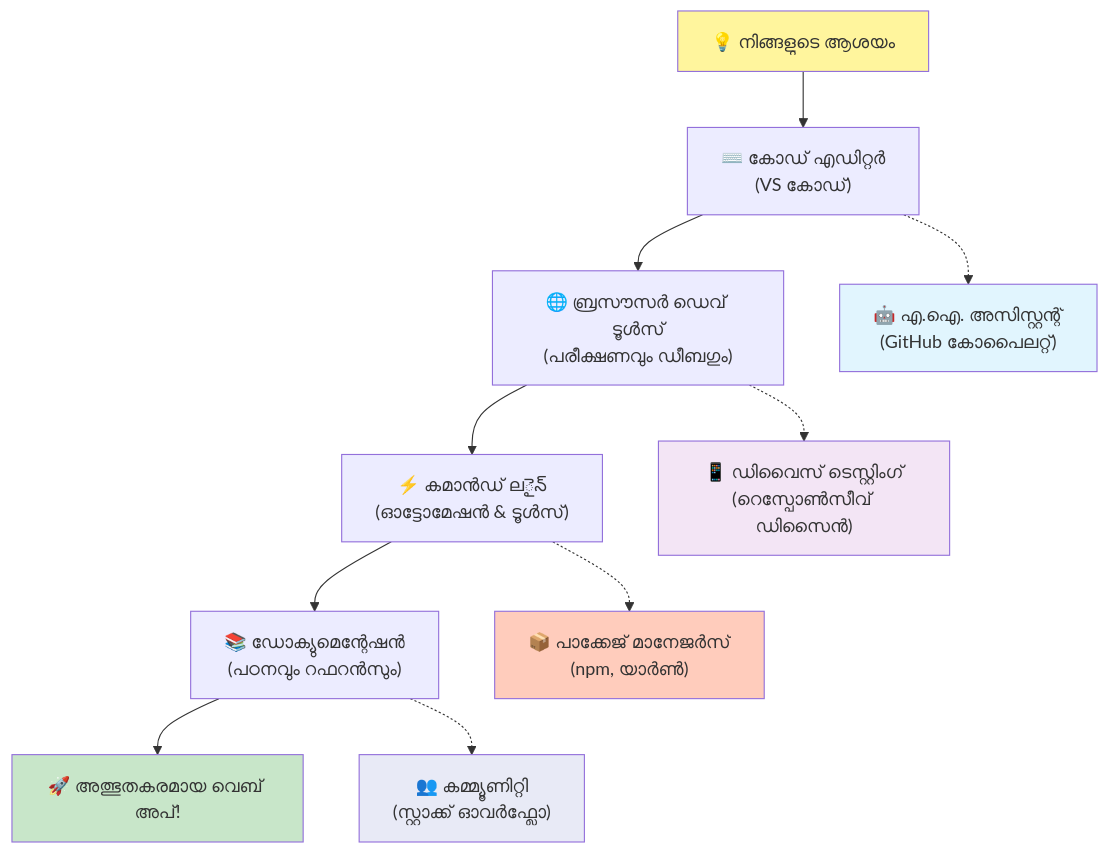
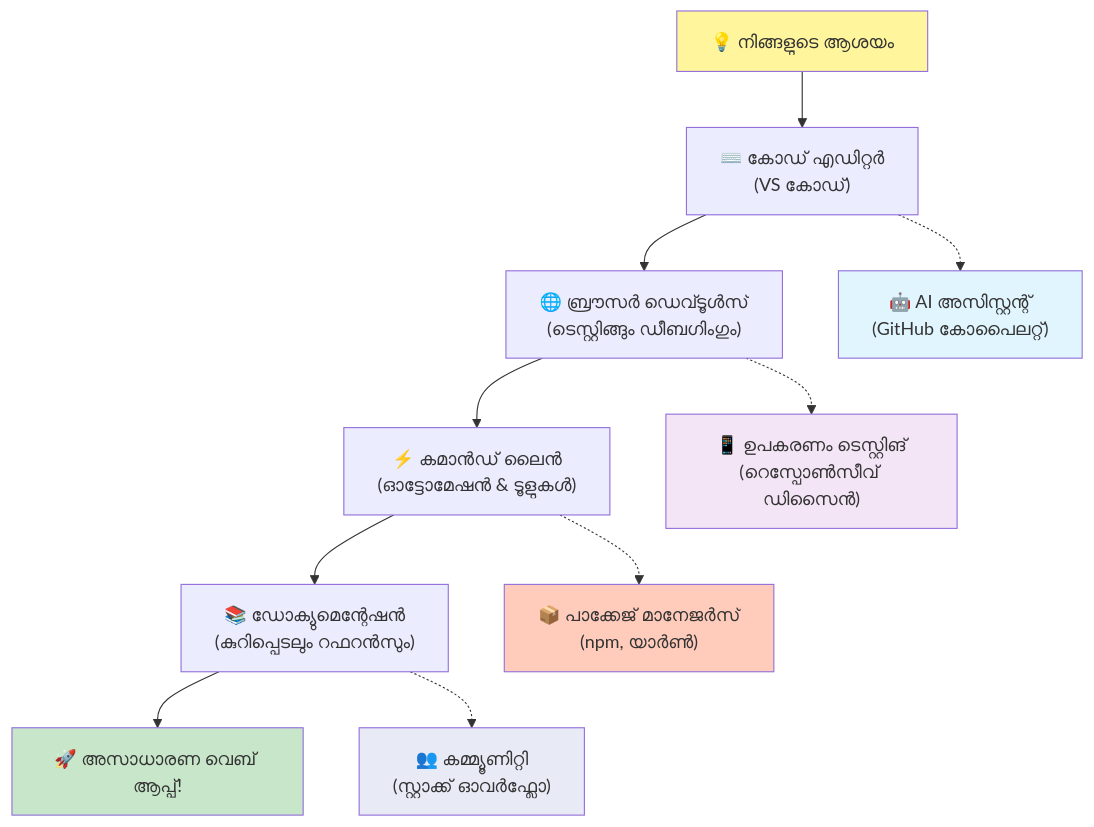
One commit to microsoft/Web-Dev-For-Beginners changed the fifth of 7 diagrams in translations/ml/1-getting-started-lessons/1-intro-to-programming-languages/README.md. Above: the diagram before and after it, drawn with Mermaid. The commit also changed other lines of this file and 8 other files, not shown here.

````diff
--- a/translations/ml/1-getting-started-lessons/1-intro-to-programming-languages/README.md
+++ b/translations/ml/1-getting-started-lessons/1-intro-to-programming-languages/README.md
@@ -490,20 +487,20 @@
 ```mermaid
 graph TD
     A["💡 നിങ്ങളുടെ ആശയം"] --> B["⌨️ കോഡ് എഡിറ്റർ<br/>(VS കോഡ്)"] 
-    B --> C["🌐 ബ്രസൗസർ ഡെവ് ടൂൾസ്<br/>(പരീക്ഷണവും ഡീബഗും)"]
-    C --> D["⚡ കമാൻഡ് ലైన్<br/>(ഓട്ടോമേഷൻ & ടൂൾസ്)"]
-    D --> E["📚 ഡോക്യുമെന്റേഷൻ<br/>(പഠനവും റഫറൻസും)"]
-    E --> F["🚀 അത്ഭുതകരമായ വെബ് അപ്!"]
+    B --> C["🌐 ബ്രൗസർ ഡെവ്ടൂൾസ്<br/>(ടെസ്റ്റിങ്ങും ഡീബഗിംഗും)"]
+    C --> D["⚡ കമാൻഡ് ലൈൻ<br/>(ഓട്ടോമേഷൻ & ടൂളുകൾ)"]
+    D --> E["📚 ഡോക്യുമെന്റേഷൻ<br/>(കുറിപ്പെടലും റഫറൻസും)"]
+    E --> F["🚀 അസാധാരണ വെബ് ആപ്പ്!"]
     
-    B -.-> G["🤖 എ.ഐ. അസിസ്റ്റന്റ്<br/>(GitHub കോപൈലറ്റ്)"]
-    C -.-> H["📱 ഡിവൈസ് ടെസ്റ്റിംഗ്<br/>(റെസ്പോൺസീവ് ഡിസൈൻ)"]
+    B -.-> G["🤖 AI അസിസ്റ്റന്റ്<br/>(GitHub കോപൈലറ്റ്)"]
+    C -.-> H["📱 ഉപകരണം ടെസ്റ്റിങ്<br/>(റെസ്പോൺസീവ് ഡിസൈൻ)"]
     D -.-> I["📦 പാക്കേജ് മാനേജർസ്<br/>(npm, യാർൺ)"]
     E -.-> J["👥 കമ്മ്യൂണിറ്റി<br/>(സ്റ്റാക്ക് ഓവർഫ്ലോ)"]
     
     style A fill:#fff59d
     style F fill:#c8e6c9
     style G fill:#e1f5fe
     style H fill:#f3e5f5
     style I fill:#ffccbc
     style J fill:#e8eaf6
 ```  
````
